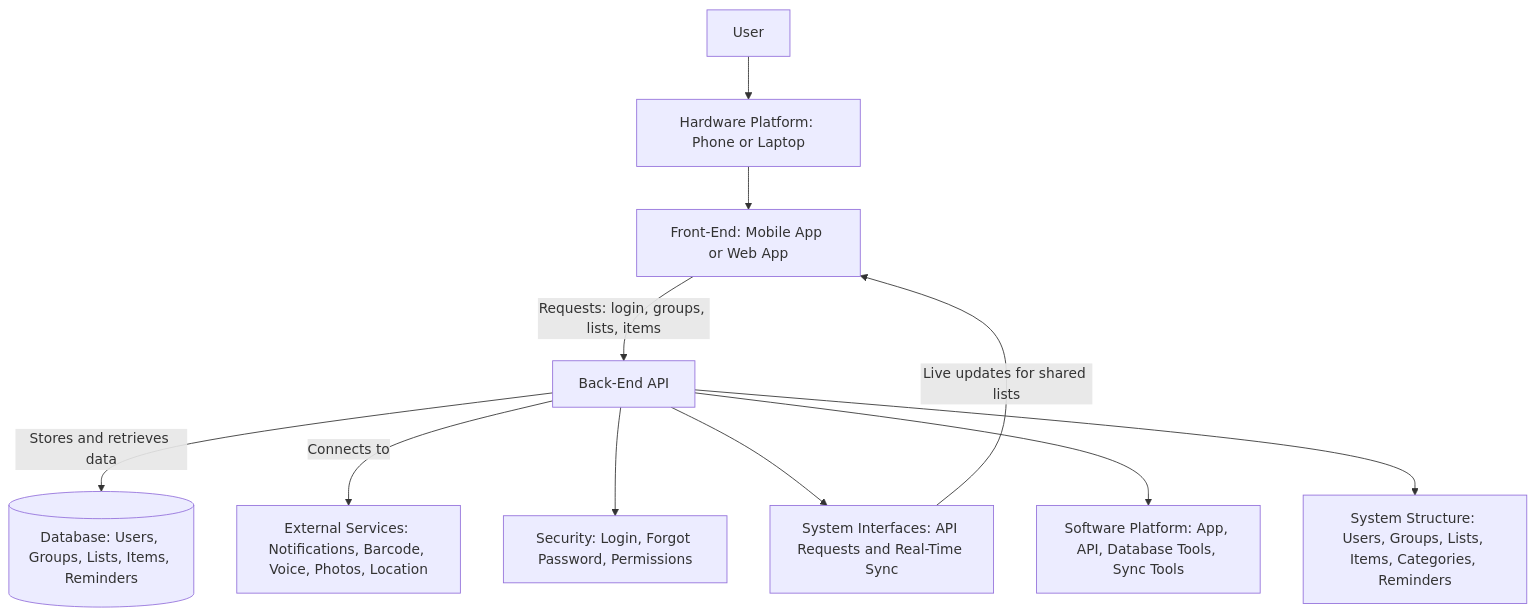
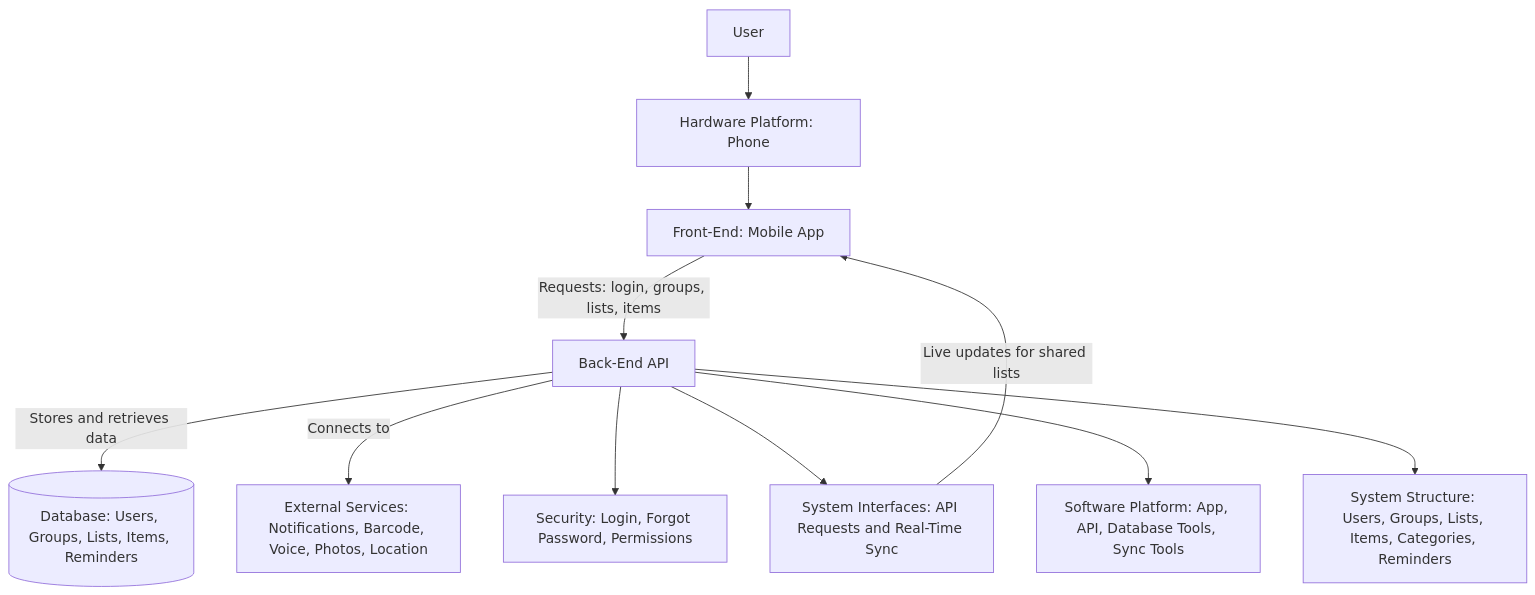
Before and after one commit to MIS-hero/Thalaja-team: the diagram in Documentation/systemArchi.md, drawn with Mermaid.

Commit message:
Revise system architecture diagram for clarity
Updated the system architecture diagram to reflect changes in hardware platform and frontend options.

````diff
--- a/Documentation/systemArchi.md
+++ b/Documentation/systemArchi.md
@@ -1,22 +1,22 @@
 ``` mermaid
 flowchart TB
-    User["User"] --> Device["Hardware Platform: Phone or Laptop"]
+    User["User"] --> Device["Hardware Platform: Phone "]
 
-    Device --> Frontend["Front-End: Mobile App or Web App"]
+    Device --> Frontend["Front-End: Mobile App"]
 
     Frontend -->|"Requests: login, groups, lists, items"| Backend["Back-End API"]
 
     Backend -->|"Stores and retrieves data"| Database[("Database: Users, Groups, Lists, Items, Reminders")]
 
     Backend -->|"Connects to"| External["External Services: Notifications, Barcode, Voice, Photos, Location"]
 
     Backend --> Security["Security: Login, Forgot Password, Permissions"]
 
     Backend --> Interfaces["System Interfaces: API Requests and Real-Time Sync"]
 
     Backend --> Software["Software Platform: App, API, Database Tools, Sync Tools"]
 
     Backend --> Structure["System Structure: Users, Groups, Lists, Items, Categories, Reminders"]
 
     Interfaces -->|"Live updates for shared lists"| Frontend
 ```
````
